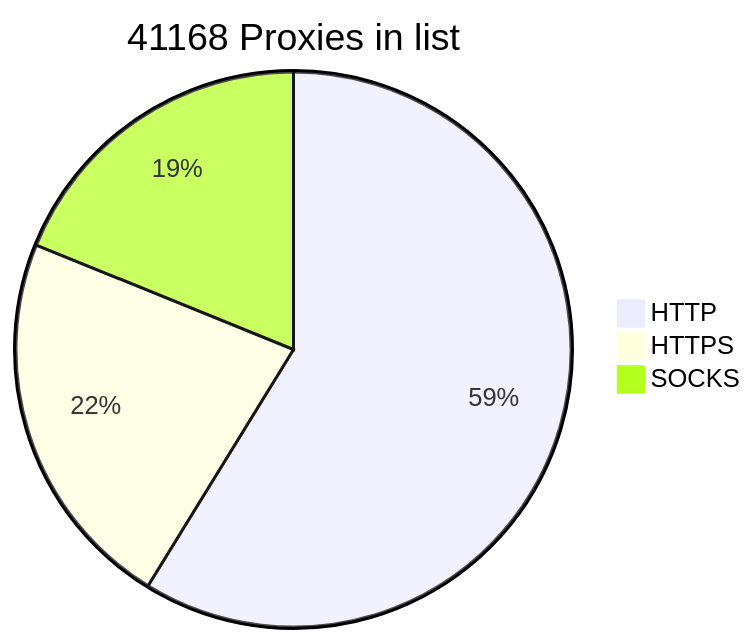
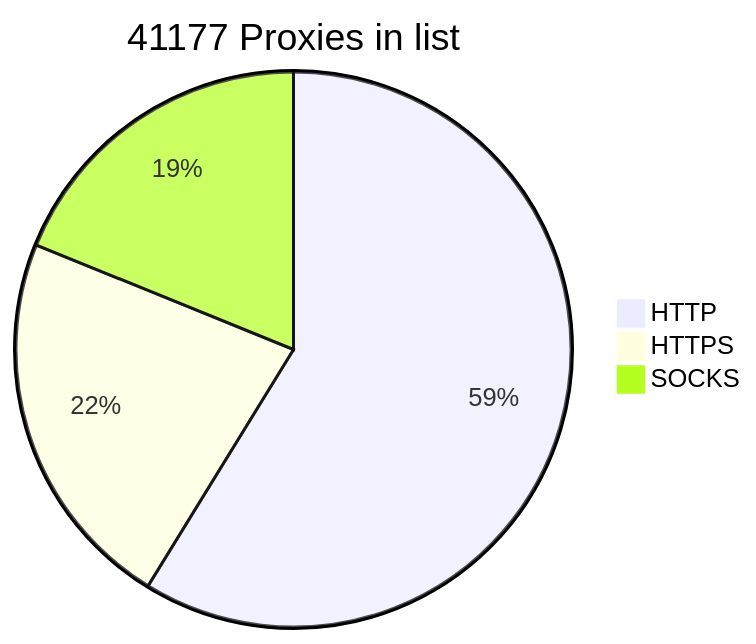
One commit to BlackSnowDot/proxylist-update-every-minute changed the diagram in README.md. Above: the diagram before and after it, drawn with Mermaid.

````diff
--- a/README.md
+++ b/README.md
@@ -2,6 +2,6 @@
 ```mermaid
-pie title 41168 Proxies in list
-    "HTTP" : 28398
-    "HTTPS": 10801
-    "SOCKS" : 9112
+pie title 41177 Proxies in list
+    "HTTP" : 28402
+    "HTTPS": 10805
+    "SOCKS" : 9113
 ```
````
